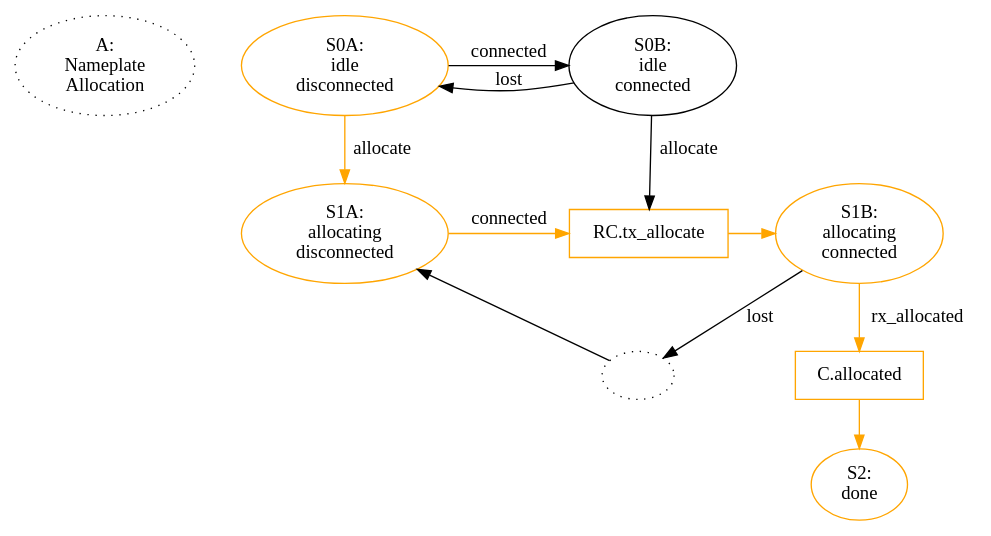
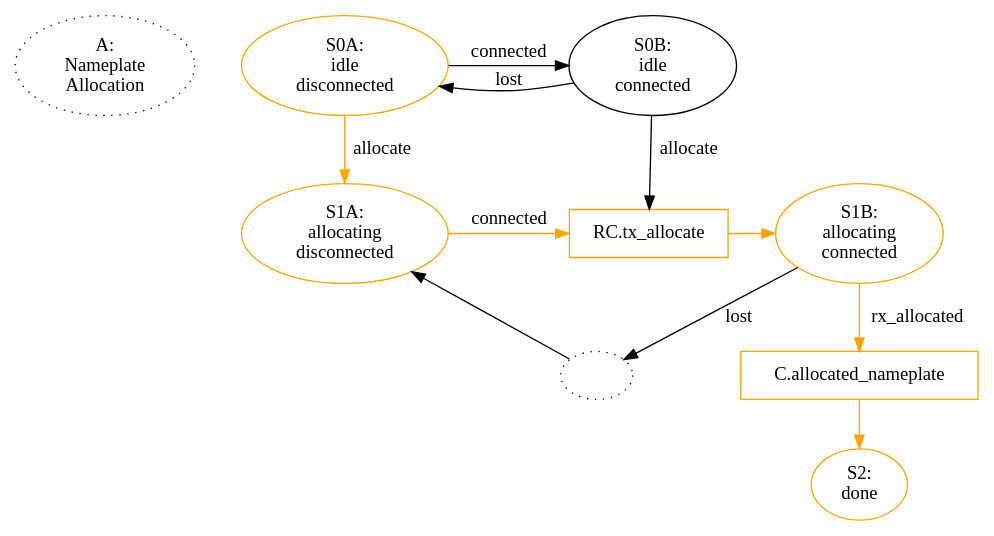
Before and after one commit to magic-wormhole/magic-wormhole: the diagram in docs/state-machines/allocator.dot, drawn with Graphviz. The commit also changed 6 other files, not shown here.

```diff
--- a/docs/state-machines/allocator.dot
+++ b/docs/state-machines/allocator.dot
@@ -1,29 +1,29 @@
 digraph {
 
         start [label="A:\nNameplate\nAllocation" style="dotted"]
         {rank=same; start S0A S0B}
         start -> S0A [style="invis"]
         S0A [label="S0A:\nidle\ndisconnected" color="orange"]
         S0A -> S0B [label="connected"]
         S0B -> S0A [label="lost"]
         S0B [label="S0B:\nidle\nconnected"]
         S0A -> S1A [label="allocate" color="orange"]
         S0B -> P_allocate [label="allocate"]
         P_allocate [shape="box" label="RC.tx_allocate" color="orange"]
         P_allocate -> S1B [color="orange"]
         {rank=same; S1A P_allocate S1B}
         S0B -> S1B [style="invis"]
         S1B [label="S1B:\nallocating\nconnected" color="orange"]
         S1B -> foo [label="lost"]
         foo [style="dotted" label=""]
         foo -> S1A
         S1A [label="S1A:\nallocating\ndisconnected" color="orange"]
         S1A -> P_allocate [label="connected" color="orange"]
 
         S1B -> P_allocated [label="rx_allocated" color="orange"]
-        P_allocated [shape="box" label="C.allocated" color="orange"]
+        P_allocated [shape="box" label="C.allocated_nameplate" color="orange"]
         P_allocated -> S2 [color="orange"]
 
         S2 [label="S2:\ndone" color="orange"]
         
 }
```
